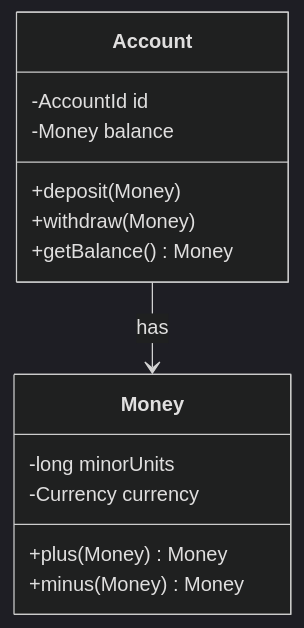
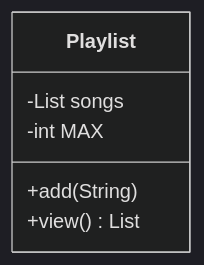
One commit to ashwinkothavade/learning changed the third of 3 diagrams in daily/day-01.md. Above: the diagram before and after it, drawn with Mermaid (dark theme). The commit also changed other lines of this file and 4 other files, not shown here.

````diff
--- a/daily/day-01.md
+++ b/daily/day-01.md
@@ -243,17 +96,9 @@
 ```mermaid
 classDiagram
-    class Account {
-      -AccountId id
-      -Money balance
-      +deposit(Money)
-      +withdraw(Money)
-      +getBalance() Money
+    class Playlist {
+      -List songs
+      -int MAX
+      +add(String)
+      +view() List
     }
-    class Money {
-      -long minorUnits
-      -Currency currency
-      +plus(Money) Money
-      +minus(Money) Money
-    }
-    Account --> Money : has
 ```
````
